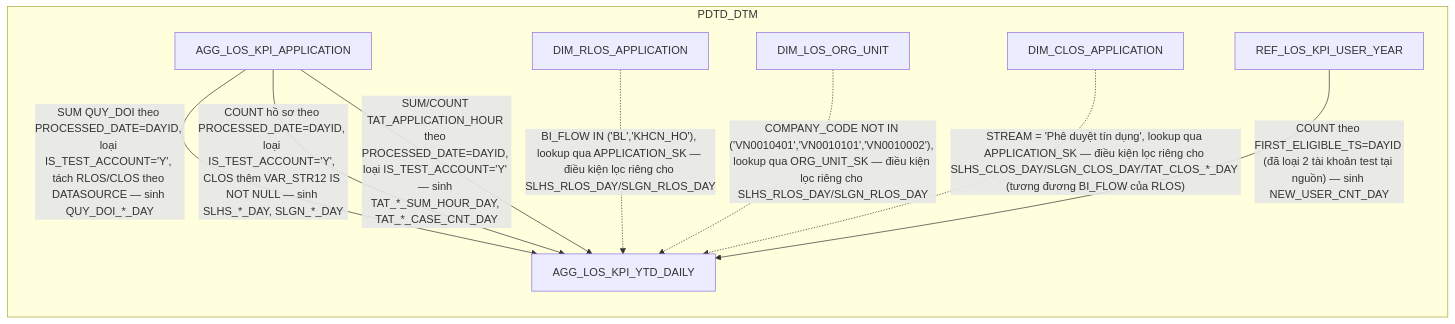
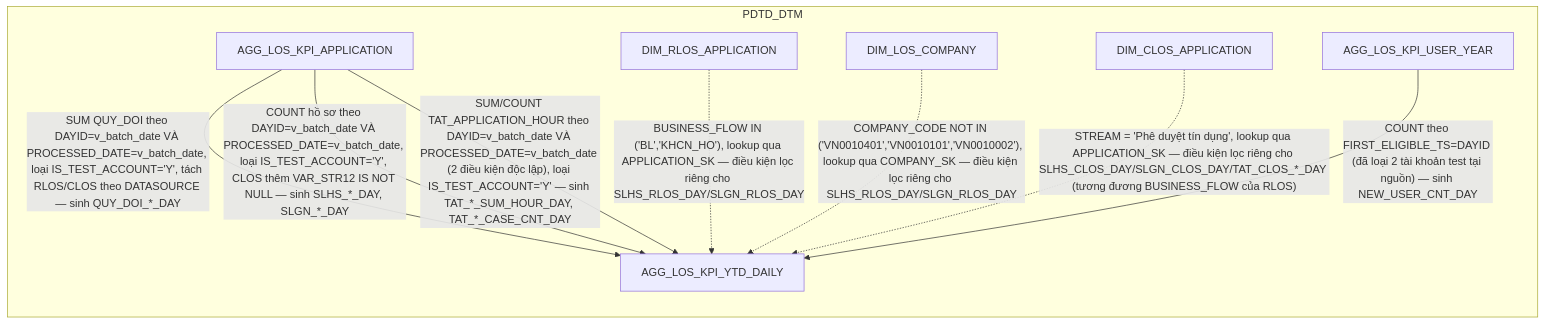
The first of 19 diagrams in hld/hld_review/HLD_FCT_PDTD_DTM_review.md (chien1198/sb-mapping-gen), drawn with Mermaid before and after one commit. The commit also changed other lines of this file and 183 other files, not shown here.

````diff
--- a/hld/hld_review/HLD_FCT_PDTD_DTM_review.md
+++ b/hld/hld_review/HLD_FCT_PDTD_DTM_review.md
@@ -14,18 +14,18 @@
 ```mermaid
 flowchart LR
     subgraph PDTD_DTM
         A["AGG_LOS_KPI_APPLICATION"]
         D1["DIM_RLOS_APPLICATION"]
         D3["DIM_CLOS_APPLICATION"]
-        D2["DIM_LOS_ORG_UNIT"]
-        M["REF_LOS_KPI_USER_YEAR"]
+        D2["DIM_LOS_COMPANY"]
+        M["AGG_LOS_KPI_USER_YEAR"]
         F["AGG_LOS_KPI_YTD_DAILY"]
     end
-    A -->|"SUM QUY_DOI theo PROCESSED_DATE=DAYID, loại IS_TEST_ACCOUNT='Y', tách RLOS/CLOS theo DATASOURCE — sinh QUY_DOI_*_DAY"| F
-    A -->|"COUNT hồ sơ theo PROCESSED_DATE=DAYID, loại IS_TEST_ACCOUNT='Y', CLOS thêm VAR_STR12 IS NOT NULL — sinh SLHS_*_DAY, SLGN_*_DAY"| F
-    D1 -.->|"BI_FLOW IN ('BL','KHCN_HO'), lookup qua APPLICATION_SK — điều kiện lọc riêng cho SLHS_RLOS_DAY/SLGN_RLOS_DAY"| F
-    D2 -.->|"COMPANY_CODE NOT IN ('VN0010401','VN0010101','VN0010002'), lookup qua ORG_UNIT_SK — điều kiện lọc riêng cho SLHS_RLOS_DAY/SLGN_RLOS_DAY"| F
-    D3 -.->|"STREAM = 'Phê duyệt tín dụng', lookup qua APPLICATION_SK — điều kiện lọc riêng cho SLHS_CLOS_DAY/SLGN_CLOS_DAY/TAT_CLOS_*_DAY (tương đương BI_FLOW của RLOS)"| F
-    A -->|"SUM/COUNT TAT_APPLICATION_HOUR theo PROCESSED_DATE=DAYID, loại IS_TEST_ACCOUNT='Y' — sinh TAT_*_SUM_HOUR_DAY, TAT_*_CASE_CNT_DAY"| F
+    A -->|"SUM QUY_DOI theo DAYID=v_batch_date VÀ PROCESSED_DATE=v_batch_date, loại IS_TEST_ACCOUNT='Y', tách RLOS/CLOS theo DATASOURCE — sinh QUY_DOI_*_DAY"| F
+    A -->|"COUNT hồ sơ theo DAYID=v_batch_date VÀ PROCESSED_DATE=v_batch_date, loại IS_TEST_ACCOUNT='Y', CLOS thêm VAR_STR12 IS NOT NULL — sinh SLHS_*_DAY, SLGN_*_DAY"| F
+    D1 -.->|"BUSINESS_FLOW IN ('BL','KHCN_HO'), lookup qua APPLICATION_SK — điều kiện lọc riêng cho SLHS_RLOS_DAY/SLGN_RLOS_DAY"| F
+    D2 -.->|"COMPANY_CODE NOT IN ('VN0010401','VN0010101','VN0010002'), lookup qua COMPANY_SK — điều kiện lọc riêng cho SLHS_RLOS_DAY/SLGN_RLOS_DAY"| F
+    D3 -.->|"STREAM = 'Phê duyệt tín dụng', lookup qua APPLICATION_SK — điều kiện lọc riêng cho SLHS_CLOS_DAY/SLGN_CLOS_DAY/TAT_CLOS_*_DAY (tương đương BUSINESS_FLOW của RLOS)"| F
+    A -->|"SUM/COUNT TAT_APPLICATION_HOUR theo DAYID=v_batch_date VÀ PROCESSED_DATE=v_batch_date (2 điều kiện độc lập), loại IS_TEST_ACCOUNT='Y' — sinh TAT_*_SUM_HOUR_DAY, TAT_*_CASE_CNT_DAY"| F
     M -->|"COUNT theo FIRST_ELIGIBLE_TS=DAYID (đã loại 2 tài khoản test tại nguồn) — sinh NEW_USER_CNT_DAY"| F
 ```
````
